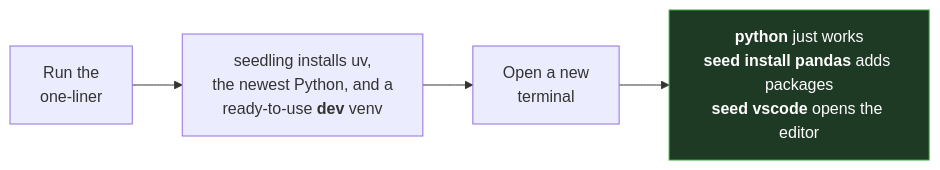
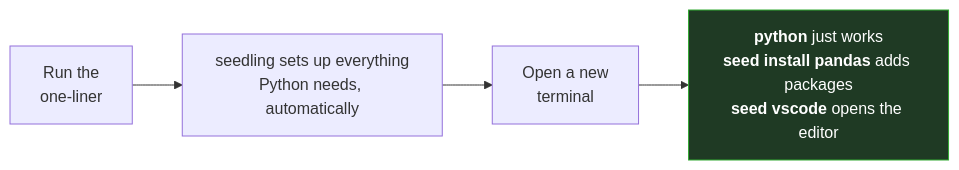
Before and after one commit to cryocliff/seedling: the second of 3 diagrams in README.md, drawn with Mermaid. The commit also changed other lines of this file, not shown here.

````diff
--- a/README.md
+++ b/README.md
@@ -65,8 +71,8 @@
 ```mermaid
 flowchart LR
-    I["Run the<br/>one-liner"] --> B["seedling installs uv,<br/>the newest Python, and a<br/>ready-to-use <b>dev</b> venv"]
+    I["Run the<br/>one-liner"] --> B["seedling sets up everything<br/>Python needs, automatically"]
     B --> T["Open a new<br/>terminal"]
     T --> R["<b>python</b> just works<br/><b>seed install pandas</b> adds packages<br/><b>seed vscode</b> opens the editor"]
 
     style R fill:#1f3a24,stroke:#3a3,color:#fff
 ```
````
